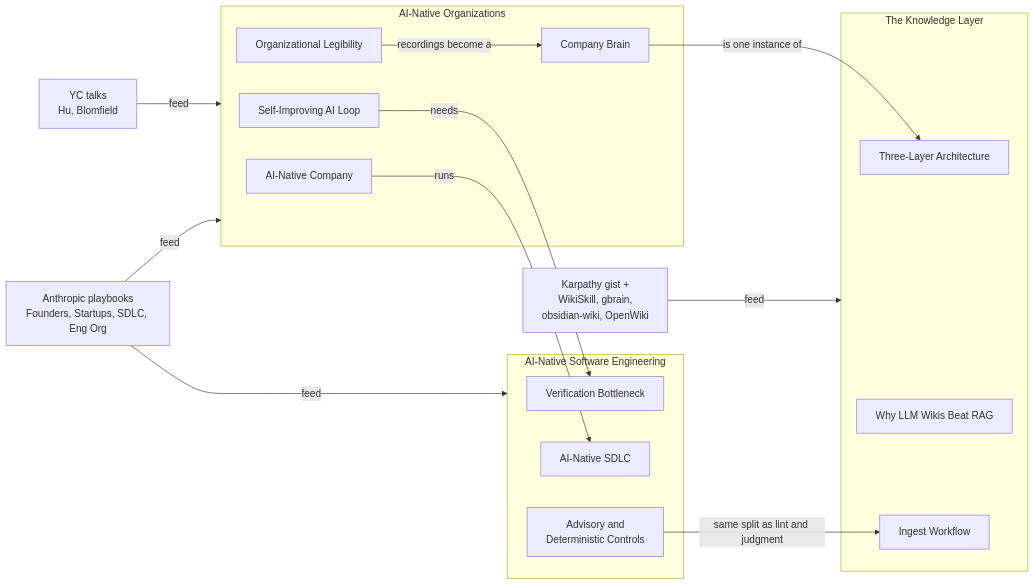
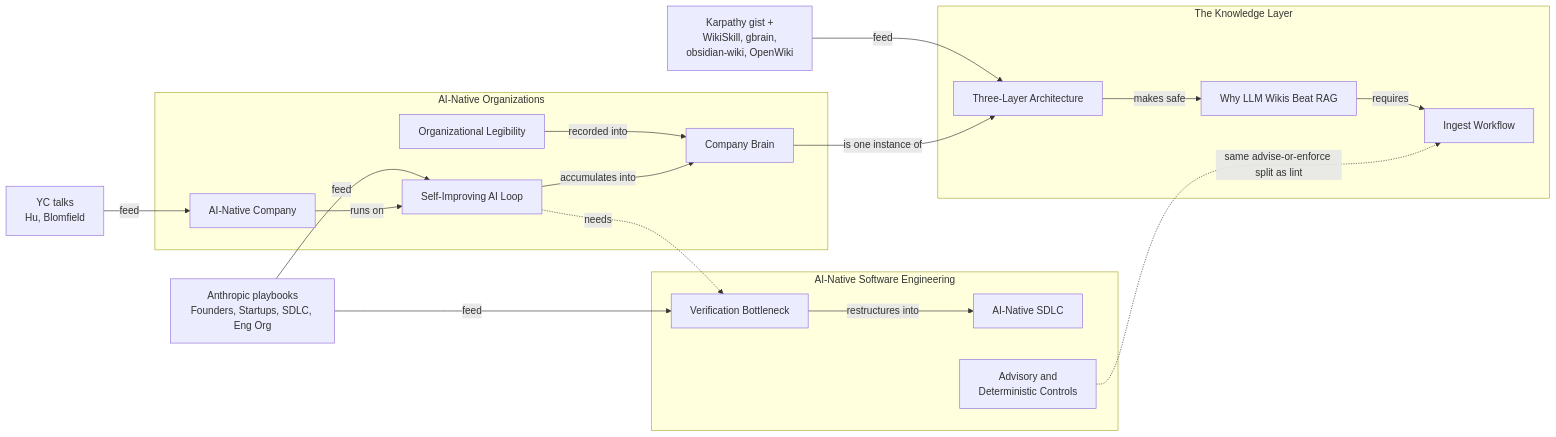
Before and after one commit to LukeMainwaring/mycoforge: the diagram in architecture/The Knowledge Map.md, drawn with Mermaid. The commit also changed other lines of this file and 3 other files, not shown here.

Commit message:
architecture: render the the-knowledge-map diagram

````diff
--- a/architecture/The Knowledge Map.md
+++ b/architecture/The Knowledge Map.md
@@ -37,28 +39,32 @@
 ```mermaid
 flowchart LR
     subgraph org["AI-Native Organizations"]
         company["AI-Native Company"]
-        brain["Company Brain"]
         loop["Self-Improving AI Loop"]
         legibility["Organizational Legibility"]
+        brain["Company Brain"]
     end
     subgraph eng["AI-Native Software Engineering"]
         vb["Verification Bottleneck"]
         sdlc["AI-Native SDLC"]
         adc["Advisory and<br/>Deterministic Controls"]
     end
     subgraph kl["The Knowledge Layer"]
         three["Three-Layer Architecture"]
         why["Why LLM Wikis Beat RAG"]
         ingest["Ingest Workflow"]
     end
-    yc["YC talks<br/>Hu, Blomfield"] -->|feed| org
-    anthropic["Anthropic playbooks<br/>Founders, Startups, SDLC, Eng Org"] -->|feed| org
-    anthropic -->|feed| eng
-    karpathy["Karpathy gist +<br/>WikiSkill, gbrain,<br/>obsidian-wiki, OpenWiki"] -->|feed| kl
-    legibility -->|recordings become a| brain
+    yc["YC talks<br/>Hu, Blomfield"] -->|feed| company
+    anthropic["Anthropic playbooks<br/>Founders, Startups, SDLC, Eng Org"] -->|feed| loop
+    anthropic -->|feed| vb
+    karpathy["Karpathy gist +<br/>WikiSkill, gbrain,<br/>obsidian-wiki, OpenWiki"] -->|feed| three
+    company -->|runs on| loop
+    legibility -->|recorded into| brain
+    loop -->|accumulates into| brain
     brain -->|is one instance of| three
-    loop -->|needs| vb
-    adc -->|same split as lint and judgment| ingest
-    company -->|runs| sdlc
+    loop -.->|needs| vb
+    vb -->|restructures into| sdlc
+    three -->|makes safe| why
+    why -->|requires| ingest
+    adc -.->|same advise-or-enforce split as lint| ingest
 ```
````
